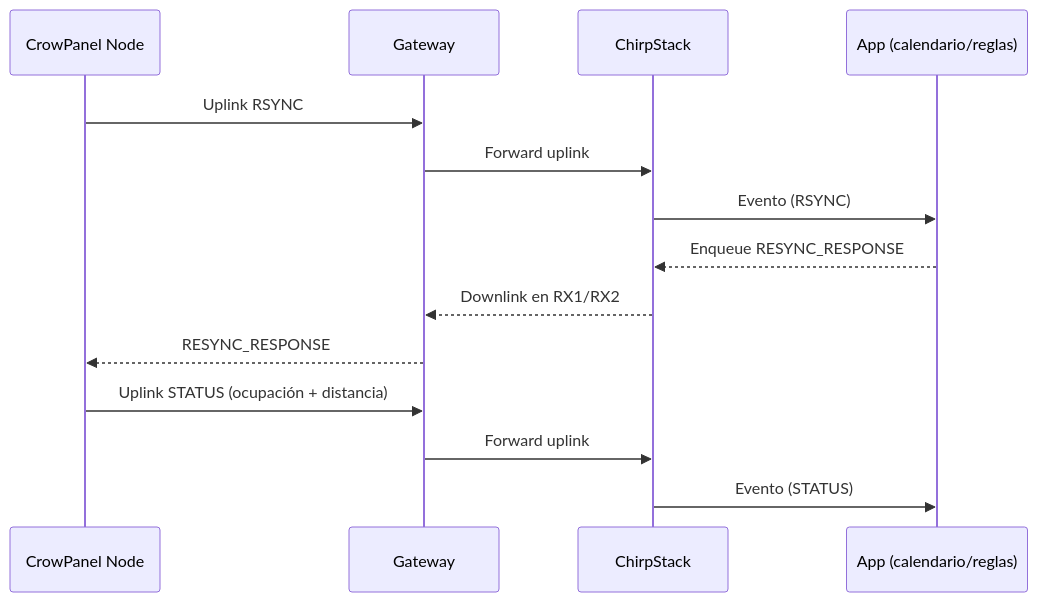
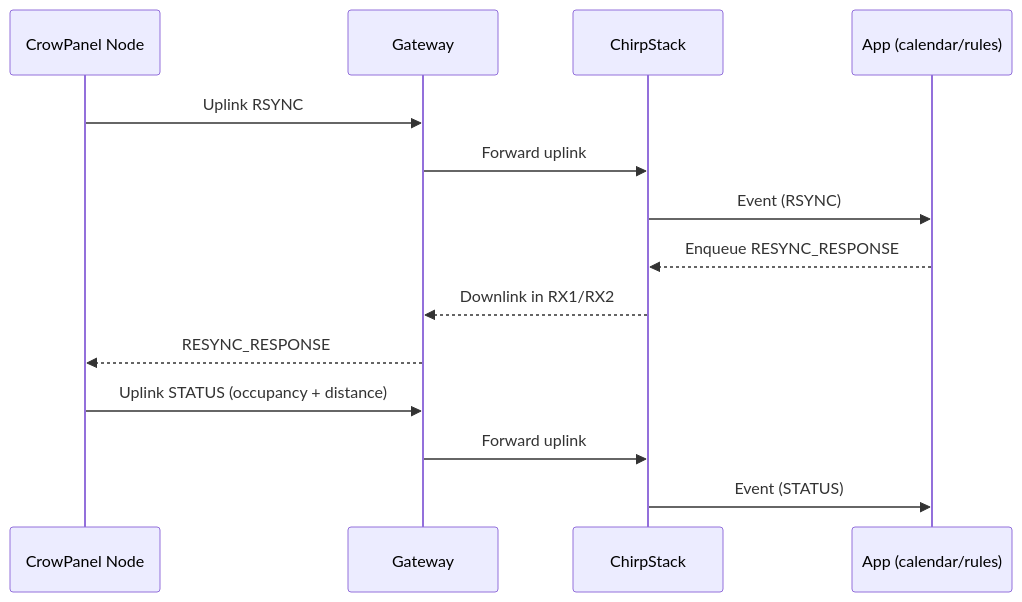
The second of 2 diagrams in src/blogs/parcar-iot.mdx (bgramaje/bgramaje.github.io), drawn with Mermaid before and after one commit. The commit also changed other lines of this file and 11 other files, not shown here.

`````diff
--- a/src/blogs/parcar-iot.mdx
+++ b/src/blogs/parcar-iot.mdx
@@ -105,17 +113,17 @@
 ```mermaid
 sequenceDiagram
 participant D as CrowPanel Node
 participant G as Gateway
 participant C as ChirpStack
-participant A as App (calendario/reglas)
+participant A as App (calendar/rules)
 
 D->>G: Uplink RSYNC
 G->>C: Forward uplink
-C->>A: Evento (RSYNC)
+C->>A: Event (RSYNC)
 A-->>C: Enqueue RESYNC_RESPONSE
-C-->>G: Downlink en RX1/RX2
+C-->>G: Downlink in RX1/RX2
 G-->>D: RESYNC_RESPONSE
-D->>G: Uplink STATUS (ocupación + distancia)
+D->>G: Uplink STATUS (occupancy + distance)
 G->>C: Forward uplink
-C->>A: Evento (STATUS)
-````
+C->>A: Event (STATUS)
+```
`````
